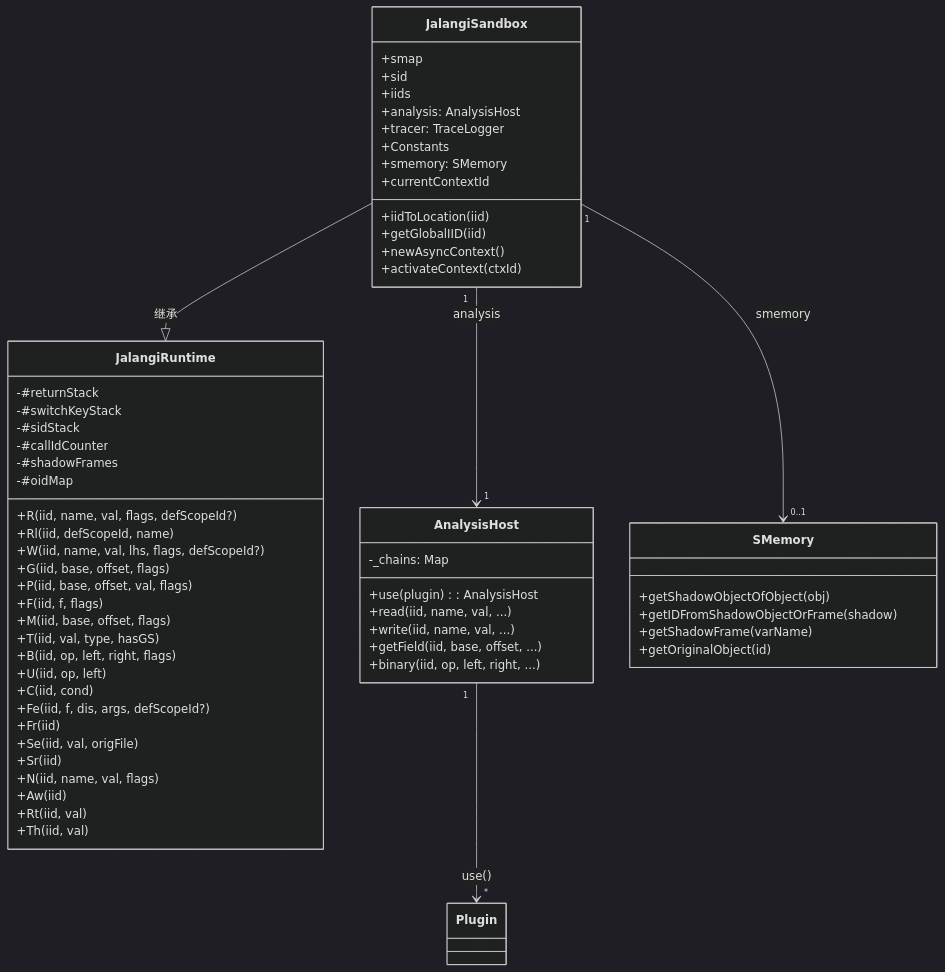
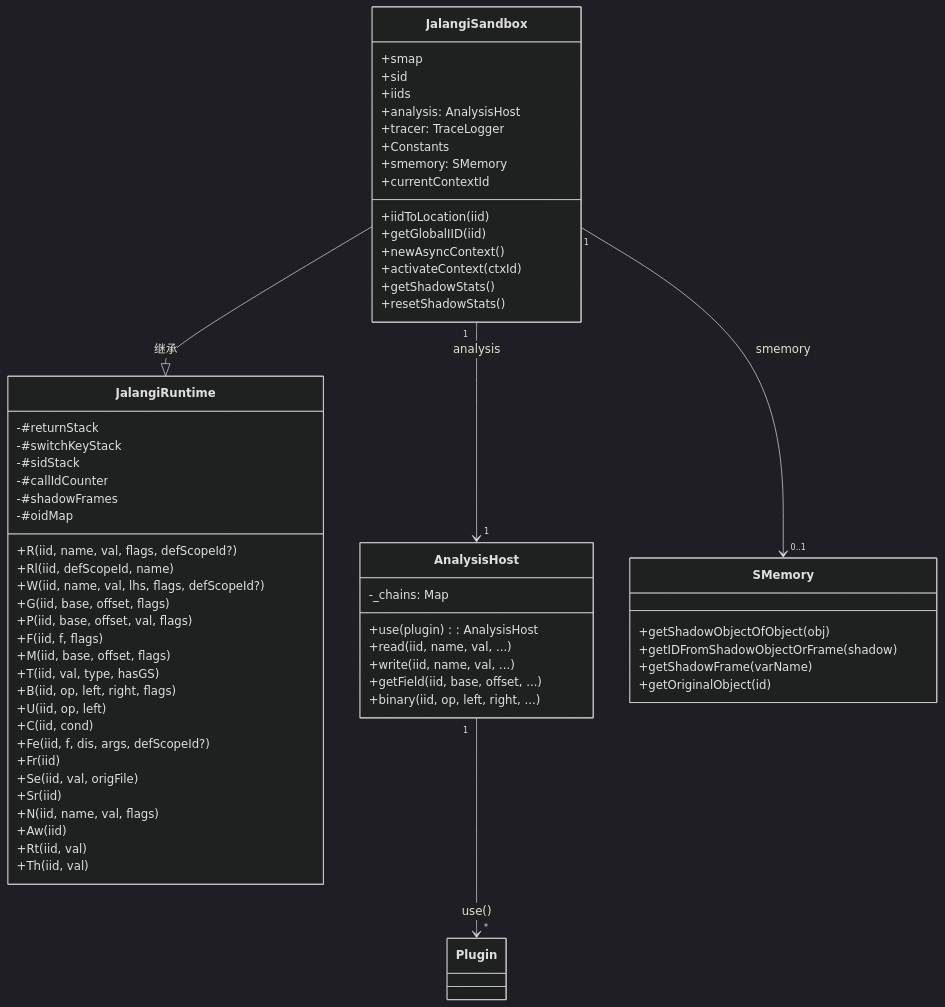
One commit to fuckreverse/Jani changed the first of 6 diagrams in docs/Runtime-System.md. Above: the diagram before and after it, drawn with Mermaid (dark theme). The commit also changed other lines of this file and 2 other files, not shown here.

First line of the commit message:
feat: 添加 Shadow Frame 诊断功能及调试接口

````diff
--- a/docs/Runtime-System.md
+++ b/docs/Runtime-System.md
@@ -22,66 +22,68 @@
 ```mermaid
 classDiagram
     class JalangiRuntime {
         +R(iid, name, val, flags, defScopeId?)
         +Rl(iid, defScopeId, name)
         +W(iid, name, val, lhs, flags, defScopeId?)
         +G(iid, base, offset, flags)
         +P(iid, base, offset, val, flags)
         +F(iid, f, flags)
         +M(iid, base, offset, flags)
         +T(iid, val, type, hasGS)
         +B(iid, op, left, right, flags)
         +U(iid, op, left)
         +C(iid, cond)
         +Fe(iid, f, dis, args, defScopeId?)
         +Fr(iid)
         +Se(iid, val, origFile)
         +Sr(iid)
         +N(iid, name, val, flags)
         +Aw(iid)
         +Rt(iid, val)
         +Th(iid, val)
         -#returnStack
         -#switchKeyStack
         -#sidStack
         -#callIdCounter
         -#shadowFrames
         -#oidMap
     }
 
     class JalangiSandbox {
         +smap
         +sid
         +iids
         +analysis: AnalysisHost
         +tracer: TraceLogger
         +Constants
         +smemory: SMemory
         +iidToLocation(iid)
         +getGlobalIID(iid)
         +newAsyncContext()
         +activateContext(ctxId)
         +currentContextId
+        +getShadowStats()
+        +resetShadowStats()
     }
 
     class AnalysisHost {
         +use(plugin): AnalysisHost
         +read(iid, name, val, ...)
         +write(iid, name, val, ...)
         +getField(iid, base, offset, ...)
         +binary(iid, op, left, right, ...)
         -_chains: Map
     }
 
     class SMemory {
         +getShadowObjectOfObject(obj)
         +getIDFromShadowObjectOrFrame(shadow)
         +getShadowFrame(varName)
         +getOriginalObject(id)
     }
 
     JalangiSandbox --|> JalangiRuntime : 继承
     JalangiSandbox "1" --> "1" AnalysisHost : analysis
     JalangiSandbox "1" --> "0..1" SMemory : smemory
     AnalysisHost "1" --> "*" Plugin : use()
 ```
````
